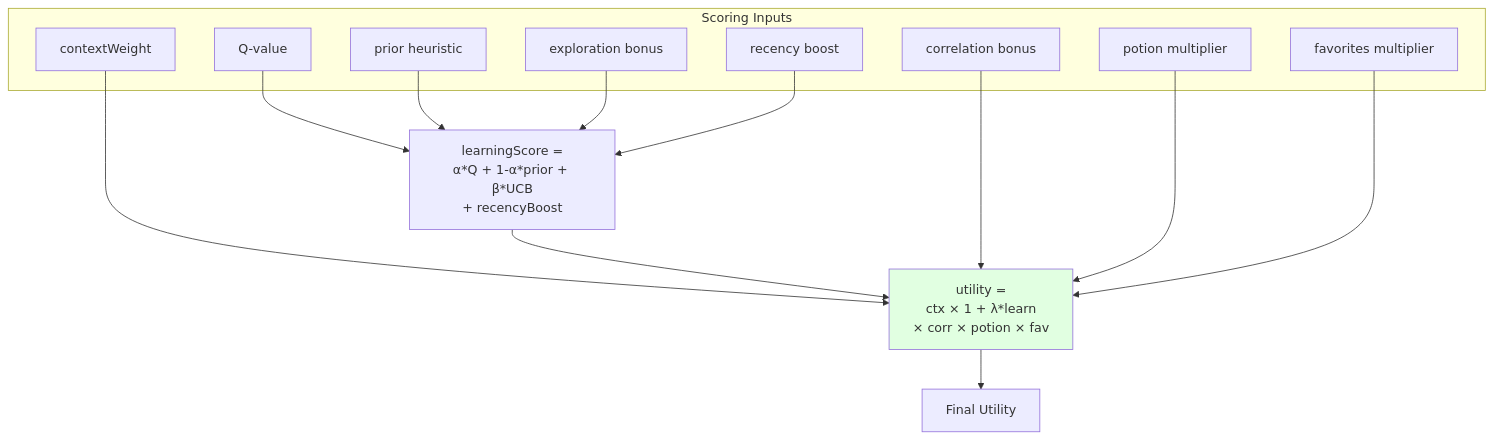
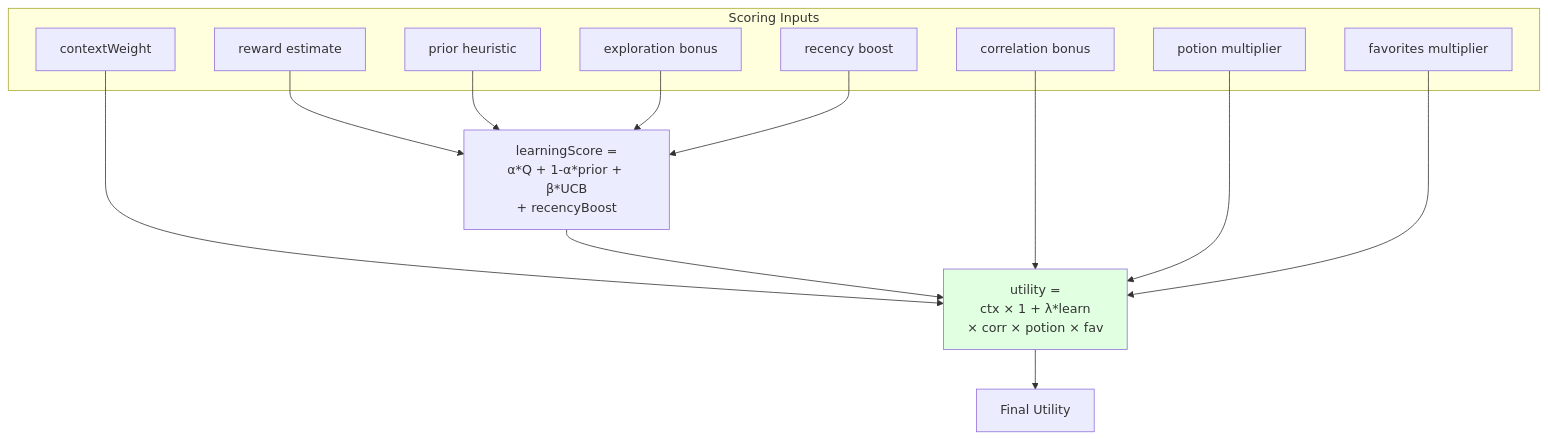
The seventh of 10 diagrams in docs/architecture/0-pipeline.md (LandingCrew/huginn), drawn with Mermaid before and after one commit. The commit also changed other lines of this file and 39 other files, not shown here.

````diff
--- a/docs/architecture/0-pipeline.md
+++ b/docs/architecture/0-pipeline.md
@@ -431,28 +431,28 @@
 ```mermaid
 graph TB
     subgraph Inputs[Scoring Inputs]
         CW[contextWeight]
-        Q[Q-value]
+        Q[reward estimate]
         Prior[prior heuristic]
         UCB[exploration bonus]
         Rec[recency boost]
         Corr[correlation bonus]
         Potion[potion multiplier]
         Fav[favorites multiplier]
     end
 
     Q --> Learn[learningScore =<br/>α*Q + 1-α*prior + β*UCB<br/>+ recencyBoost]
     Prior --> Learn
     UCB --> Learn
     Rec --> Learn
 
     CW --> Formula[utility =<br/>ctx × 1 + λ*learn<br/>× corr × potion × fav]
     Learn --> Formula
     Corr --> Formula
     Potion --> Formula
     Fav --> Formula
 
     Formula --> Output[Final Utility]
 
     style Formula fill:#e1ffe1
 ```
````
